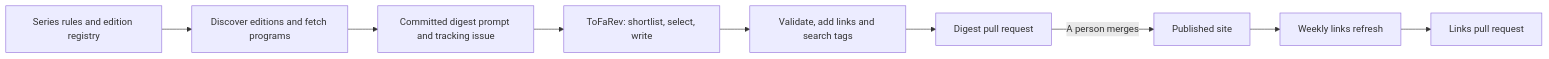
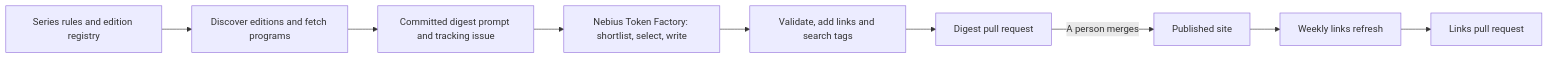
One commit to hellt/conference-digest changed the diagram in docs/how-it-works.md. Above: the diagram before and after it, drawn with Mermaid. The commit also changed other lines of this file, not shown here.

First line of the commit message:
Rewrite how-it-works to drop ToFaRev in favor of Nebius Token Factory

````diff
--- a/docs/how-it-works.md
+++ b/docs/how-it-works.md
@@ -21,11 +21,11 @@
 ```mermaid
 flowchart LR
   S["Series rules and edition registry"] --> D["Discover editions and fetch programs"]
   D --> P["Committed digest prompt and tracking issue"]
-  P --> T["ToFaRev: shortlist, select, write"]
+  P --> T["Nebius Token Factory: shortlist, select, write"]
   T --> C["Validate, add links and search tags"]
   C --> R["Digest pull request"]
   R -->|A person merges| W["Published site"]
   W --> L["Weekly links refresh"]
   L --> Q["Links pull request"]
 ```
````
